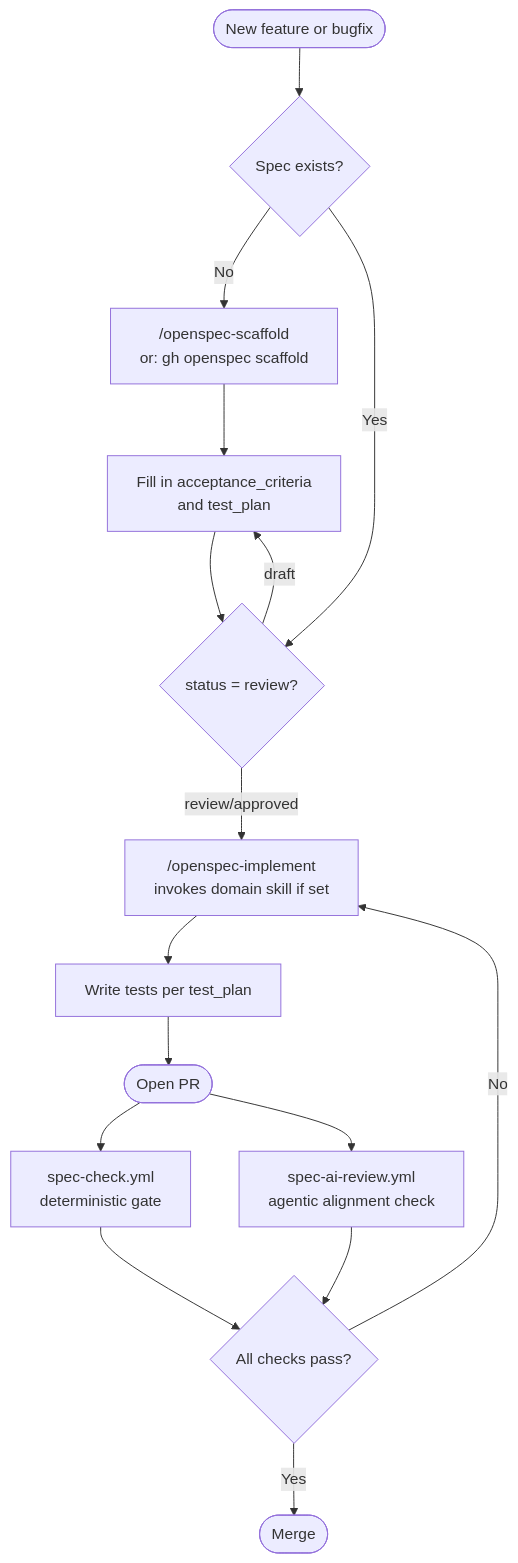
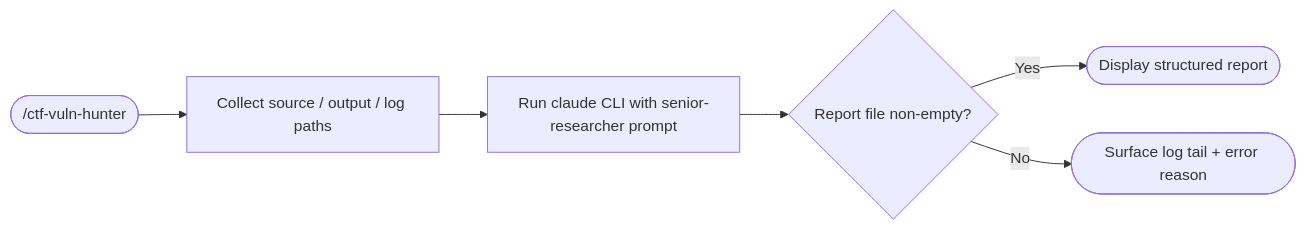
Before and after one commit to arananet/ctf-vuln-hunter: the diagram in README.md, drawn with Mermaid. The commit also changed other lines of this file, not shown here.

First line of the commit message:
docs: rewrite README to focus on ctf-vuln-hunter, not OpenSpec

````diff
--- a/README.md
+++ b/README.md
@@ -28,18 +11,8 @@
 ```mermaid
-flowchart TD
-    A([New feature or bugfix]) --> B{Spec exists?}
-    B -- No --> C["/openspec-scaffold\nor: gh openspec scaffold"]
-    C --> D[Fill in acceptance_criteria\nand test_plan]
-    D --> E{status = review?}
-    B -- Yes --> E
-    E -- draft --> D
-    E -- review/approved --> F["/openspec-implement\ninvokes domain skill if set"]
-    F --> G[Write tests per test_plan]
-    G --> H([Open PR])
-    H --> I[spec-check.yml\ndeterministic gate]
-    H --> J[spec-ai-review.yml\nagentic alignment check]
-    I --> K{All checks pass?}
-    J --> K
-    K -- No --> F
-    K -- Yes --> L([Merge])
+flowchart LR
+    A([/ctf-vuln-hunter]) --> B[Collect source / output / log paths]
+    B --> C[Run claude CLI with senior-researcher prompt]
+    C --> D{Report file non-empty?}
+    D -- Yes --> E([Display structured report])
+    D -- No --> F([Surface log tail + error reason])
 ```
````
